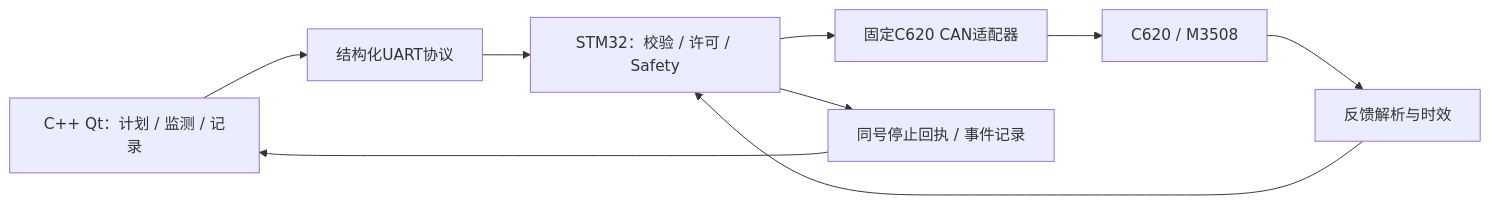
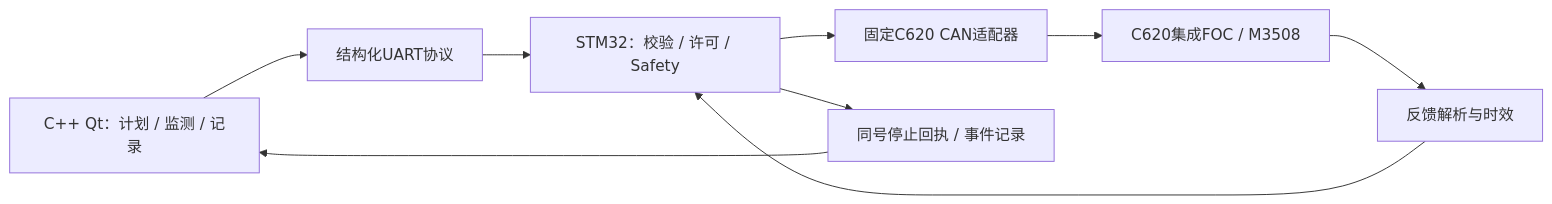
Before and after one commit to liaohongkun54-bot/robot-joint-servo-safety-platform: the diagram in README.md, drawn with Mermaid. The commit also changed other lines of this file and 2 other files, not shown here.

Commit message:
docs: describe FOC execution chain and platform roadmap

````diff
--- a/README.md
+++ b/README.md
@@ -20,11 +21,11 @@
 ```mermaid
 flowchart LR
     PC[C++ Qt：计划 / 监测 / 记录] --> UART[结构化UART协议]
     UART --> Gate[STM32：校验 / 许可 / Safety]
     Gate --> CAN[固定C620 CAN适配器]
-    CAN --> Drive[C620 / M3508]
+    CAN --> Drive[C620集成FOC / M3508]
     Drive --> Feedback[反馈解析与时效]
     Feedback --> Gate
     Gate --> Record[同号停止回执 / 事件记录]
     Record --> PC
 ```
````
